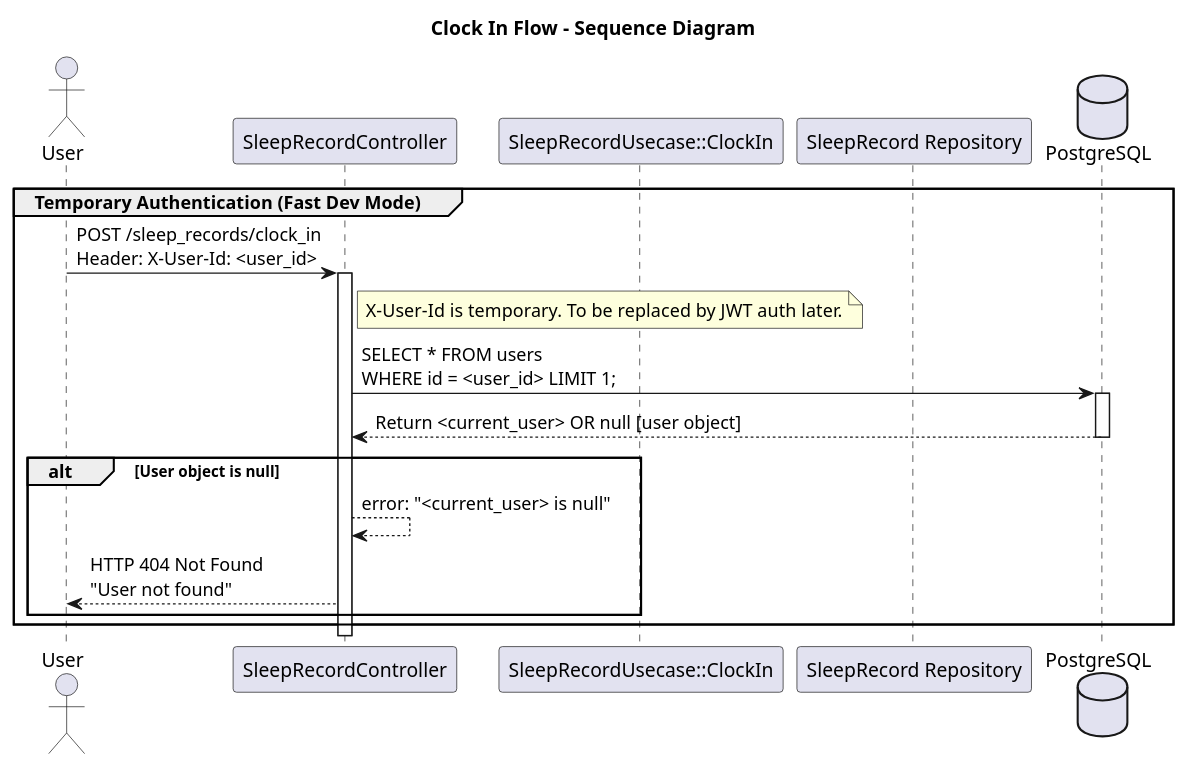
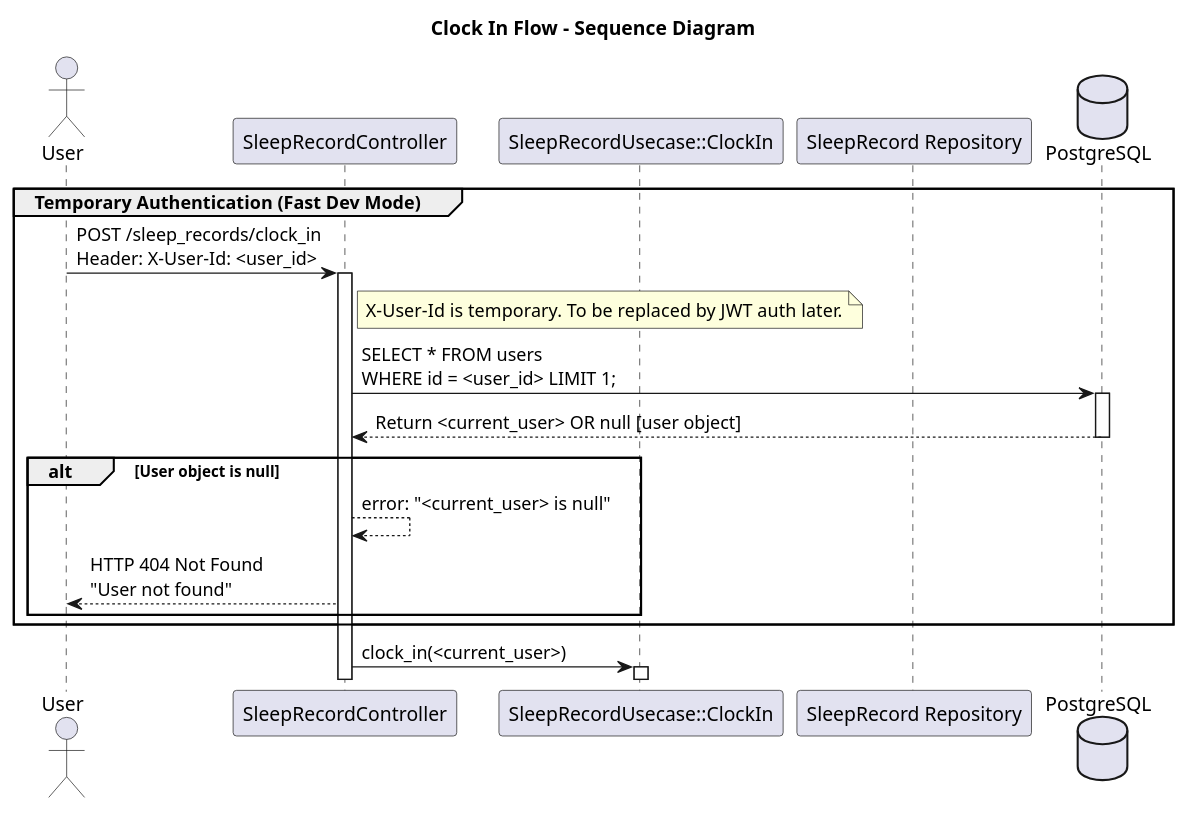
One commit to wisnuaga/good-night changed the diagram in docs/diagram/ClockInFlow.plantuml. Above: the diagram before and after it, drawn with PlantUML.

Commit message:
clock-in: activate usecase

```diff
--- a/docs/diagram/ClockInFlow.plantuml
+++ b/docs/diagram/ClockInFlow.plantuml
@@ -1,33 +1,34 @@
 @startuml ClockInFlow
 title Clock In Flow - Sequence Diagram
 
 ' Define actors and components
 actor User
 participant "SleepRecordController" as Controller
 participant "SleepRecordUsecase::ClockIn" as Usecase
 participant "SleepRecord Repository" as Repository
 database "PostgreSQL" as DB
 
 ' Temporary auth via X-User-Id header (for fast development, to be replaced later)
 group Temporary Authentication (Fast Dev Mode)
     User -> Controller: POST /sleep_records/clock_in\nHeader: X-User-Id: <user_id>
     activate Controller
 
     note right of Controller
       X-User-Id is temporary. To be replaced by JWT auth later.
     end note
 
     Controller -> DB: SELECT * FROM users\nWHERE id = <user_id> LIMIT 1;
     activate DB
     DB --> Controller: Return <current_user> OR null [user object]
     deactivate DB
 
     alt User object is null
         Controller --> Controller: error: "<current_user> is null"
         Controller --> User: HTTP 404 Not Found\n"User not found"
     end
 end group
 
-
+Controller -> Usecase: clock_in(<current_user>)
+activate Usecase
 
 @enduml
```
